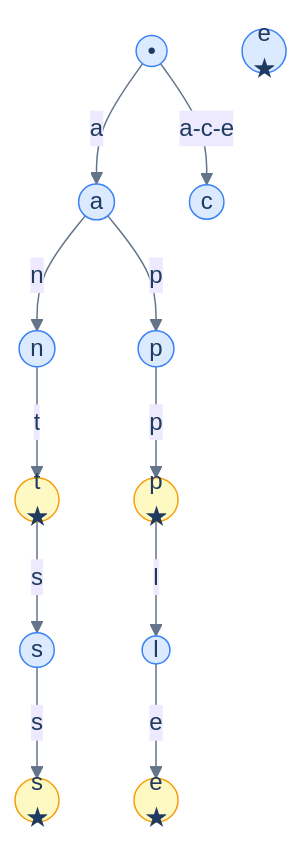
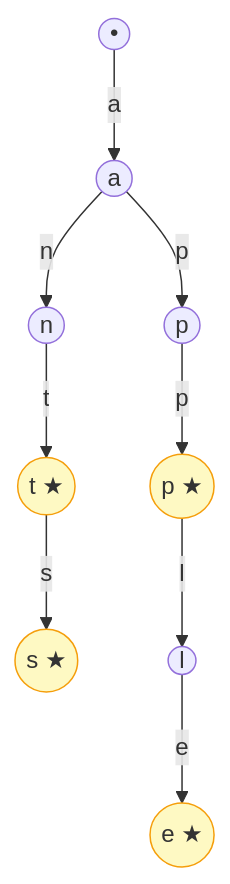
One commit to ani2fun/codefolio changed the first of 2 diagrams in content/cortex/data-structures-and-algorithms/03-trees/04-trie/01-introduction-to-tries.md. Above: the diagram before and after it, drawn with Mermaid. The commit also changed other lines of this file and 1049 other files, not shown here.

````diff
--- a/content/cortex/data-structures-and-algorithms/03-trees/04-trie/01-introduction-to-tries.md
+++ b/content/cortex/data-structures-and-algorithms/03-trees/04-trie/01-introduction-to-tries.md
@@ -64,39 +83,15 @@
 ```mermaid
----
-config:
-  theme: base
-  themeVariables:
-    primaryColor: "#dbeafe"
-    primaryBorderColor: "#3b82f6"
-    primaryTextColor: "#1e3a5f"
-    lineColor: "#64748b"
-    secondaryColor: "#ede9fe"
-    tertiaryColor: "#fef9c3"
----
 flowchart TB
-  ROOT(("•"))
-  A(("a"))
-  N(("n"))
-  T(("t<br/><b>★</b>"))
-  S(("s"))
-  P1(("p"))
-  P2(("p<br/><b>★</b>"))
-  L(("l"))
-  E(("e<br/><b>★</b>"))
-  C(("c"))
-  E2(("e<br/><b>★</b>"))
-  ROOT -->|a| A
-  A -->|n| N
-  N -->|t| T
-  T -->|s| S
-  S -->|s|S2(("s<br/><b>★</b>"))
-  A -->|p| P1
-  P1 -->|p| P2
-  P2 -->|l| L
-  L -->|e| E
-  ROOT -->|a-c-e| C
+  ROOT(("•")) -->|a| A(("a"))
+  A -->|n| N(("n"))
+  N -->|t| T(("t ★"))
+  T -->|s| S2(("s ★"))
+  A -->|p| P1(("p"))
+  P1 -->|p| P2(("p ★"))
+  P2 -->|l| L(("l"))
+  L -->|e| E(("e ★"))
   style T fill:#fef9c3,stroke:#f59e0b
+  style S2 fill:#fef9c3,stroke:#f59e0b
   style P2 fill:#fef9c3,stroke:#f59e0b
   style E fill:#fef9c3,stroke:#f59e0b
-  style S2 fill:#fef9c3,stroke:#f59e0b
 ```
````
